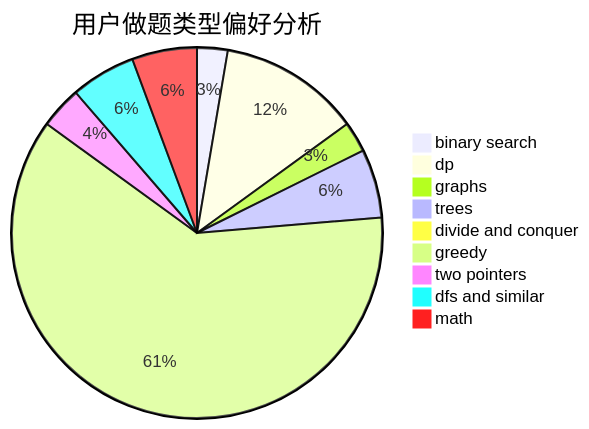
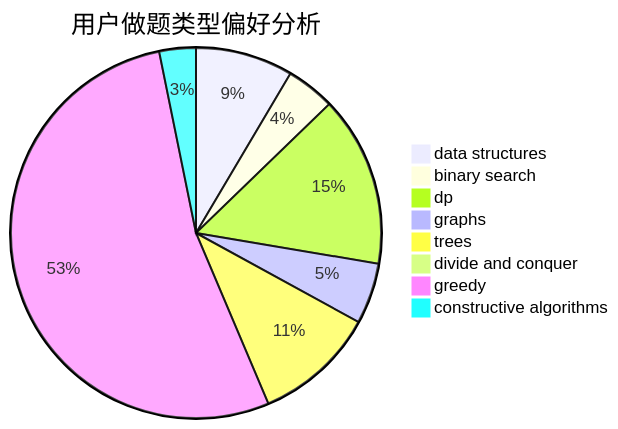
Before and after one commit to sherpahu/cfrs.github.io: the second of 3 diagrams in docs/user/u2748.md, drawn with Mermaid. The commit also changed other lines of this file and 2775 other files, not shown here.

````diff
--- a/docs/user/u2748.md
+++ b/docs/user/u2748.md
@@ -23,12 +23,11 @@
 ```mermaid
 pie title 用户做题类型偏好分析
-    "binary search" :  8
-    "dp" :  37
-    "graphs" :  8
-    "trees" :  18
+    "data structures" :  8
+    "binary search" :  4
+    "dp" :  14
+    "graphs" :  5
+    "trees" :  10
     "divide and conquer" :  0
-    "greedy" :  184
-    "two pointers" :  11
-    "dfs and similar" :  17
-    "math" :  17
+    "greedy" :  50
+    "constructive algorithms" :  3
 ```
````
